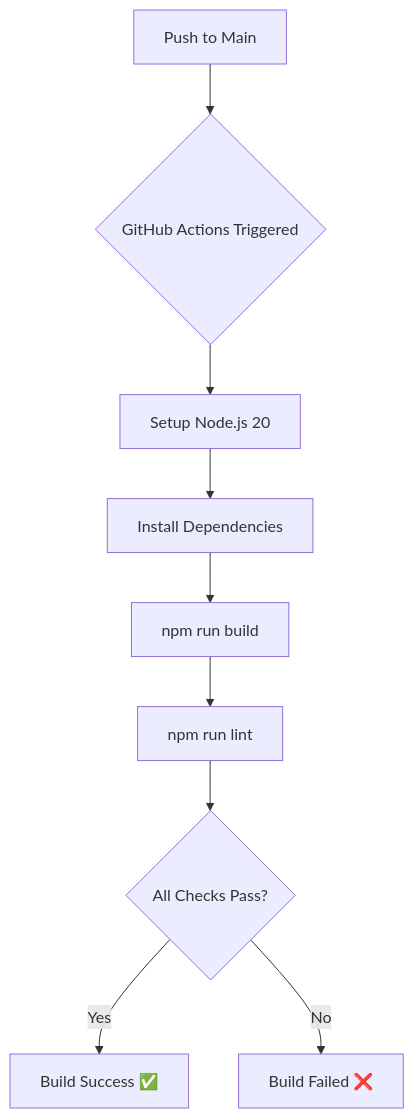
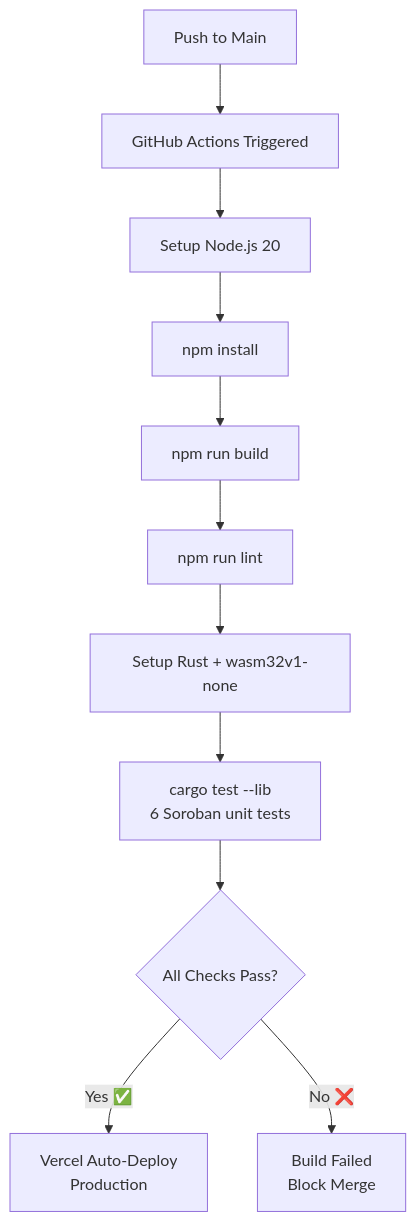
Before and after one commit to sohansarkar07/Setu: the tenth of 10 diagrams in README.md, drawn with Mermaid. The commit also changed other lines of this file, not shown here.

Commit message:
docs: upgrade README with v2 architecture diagrams, AI pipeline, user flow, market opportunity and vision

````diff
--- a/README.md
+++ b/README.md
@@ -317,11 +706,13 @@
 ```mermaid
-graph TD
-    A[Push to Main] --> B{GitHub Actions Triggered}
-    B --> C[Setup Node.js 20]
-    C --> D[Install Dependencies]
-    D --> E[npm run build]
-    E --> F[npm run lint]
-    F --> G{All Checks Pass?}
-    G -- Yes --> H[Build Success ✅]
-    G -- No --> I[Build Failed ❌]
+flowchart TD
+    A["Push to Main"] --> B["GitHub Actions Triggered"]
+    B --> C["Setup Node.js 20"]
+    C --> D["npm install"]
+    D --> E["npm run build"]
+    E --> F["npm run lint"]
+    F --> G["Setup Rust + wasm32v1-none"]
+    G --> H["cargo test --lib\n6 Soroban unit tests"]
+    H --> I{"All Checks Pass?"}
+    I -- "Yes ✅" --> J["Vercel Auto-Deploy\nProduction"]
+    I -- "No ❌" --> K["Build Failed\nBlock Merge"]
 ```
````
